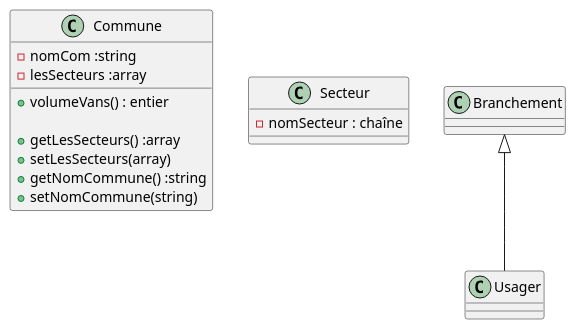
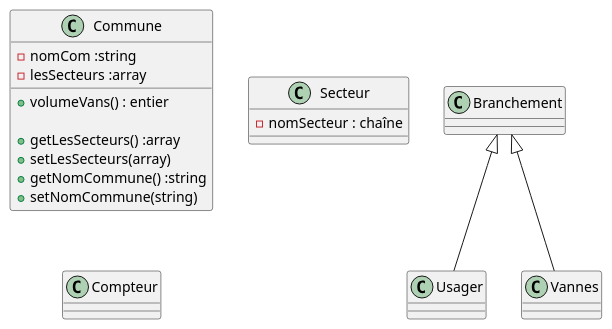
The diagram in dcu.pu (jujusilb/eau), drawn with PlantUML before and after one commit.

```diff
--- a/dcu.pu
+++ b/dcu.pu
@@ -3,20 +3,30 @@
 @startuml dcu
 class Commune{
 	-nomCom :string
 	-lesSecteurs :array
 	+volumeVans() : entier
 
 +getLesSecteurs() :array
 +setLesSecteurs(array)
 +getNomCommune() :string
 +setNomCommune(string)
 }
 
 class Secteur{
 -nomSecteur : chaîne
 
 }
-class Branchement
-class Usager extends Branchement{}
+class Branchement{
 
+}
+class Usager extends Branchement{
+
+}
+
+class Vannes extends Branchement{
+
+}
+class Compteur{
+
+}
 @enduml
```
